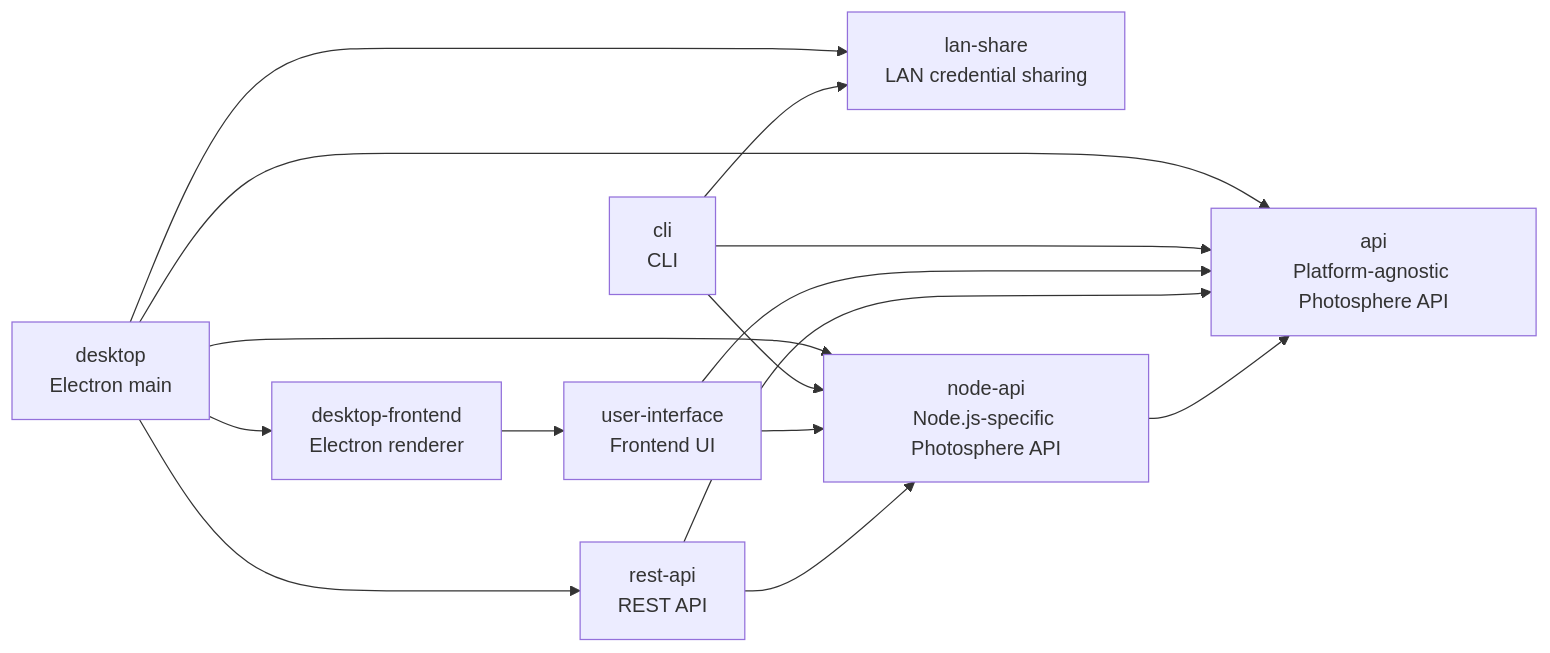
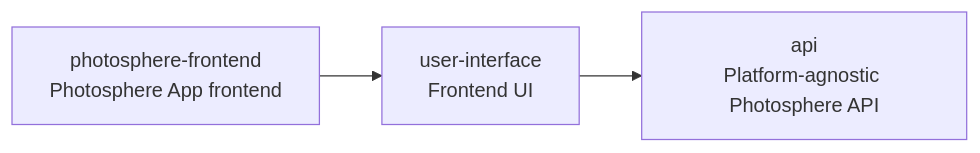
Before and after one commit to ashleydavis/photosphere: the diagram in docs/dependencies.md, drawn with Mermaid. The commit also changed 207 other files, not shown here.

````diff
--- a/docs/dependencies.md
+++ b/docs/dependencies.md
@@ -3,18 +3,9 @@
 ```mermaid
 flowchart LR
-    lanshare["lan-share<br/>LAN credential sharing"]
     api["api<br/>Platform-agnostic Photosphere API"]
-    nodeapi["node-api<br/>Node.js-specific Photosphere API"]
-    restapi["rest-api<br/>REST API"]
     ui["user-interface<br/>Frontend UI"]
-    cli["cli<br/>CLI"]
-    desktop["desktop<br/>Electron main"]
-    desktopfe["desktop-frontend<br/>Electron renderer"]
+    frontend["photosphere-frontend<br/>Photosphere App frontend"]
 
-    nodeapi --> api
-    restapi --> api & nodeapi
-    ui --> api & nodeapi
-    cli --> api & nodeapi & lanshare
-    desktop --> api & nodeapi & lanshare & restapi & desktopfe
-    desktopfe --> ui
+    ui --> api
+    frontend --> ui
 ```
````
